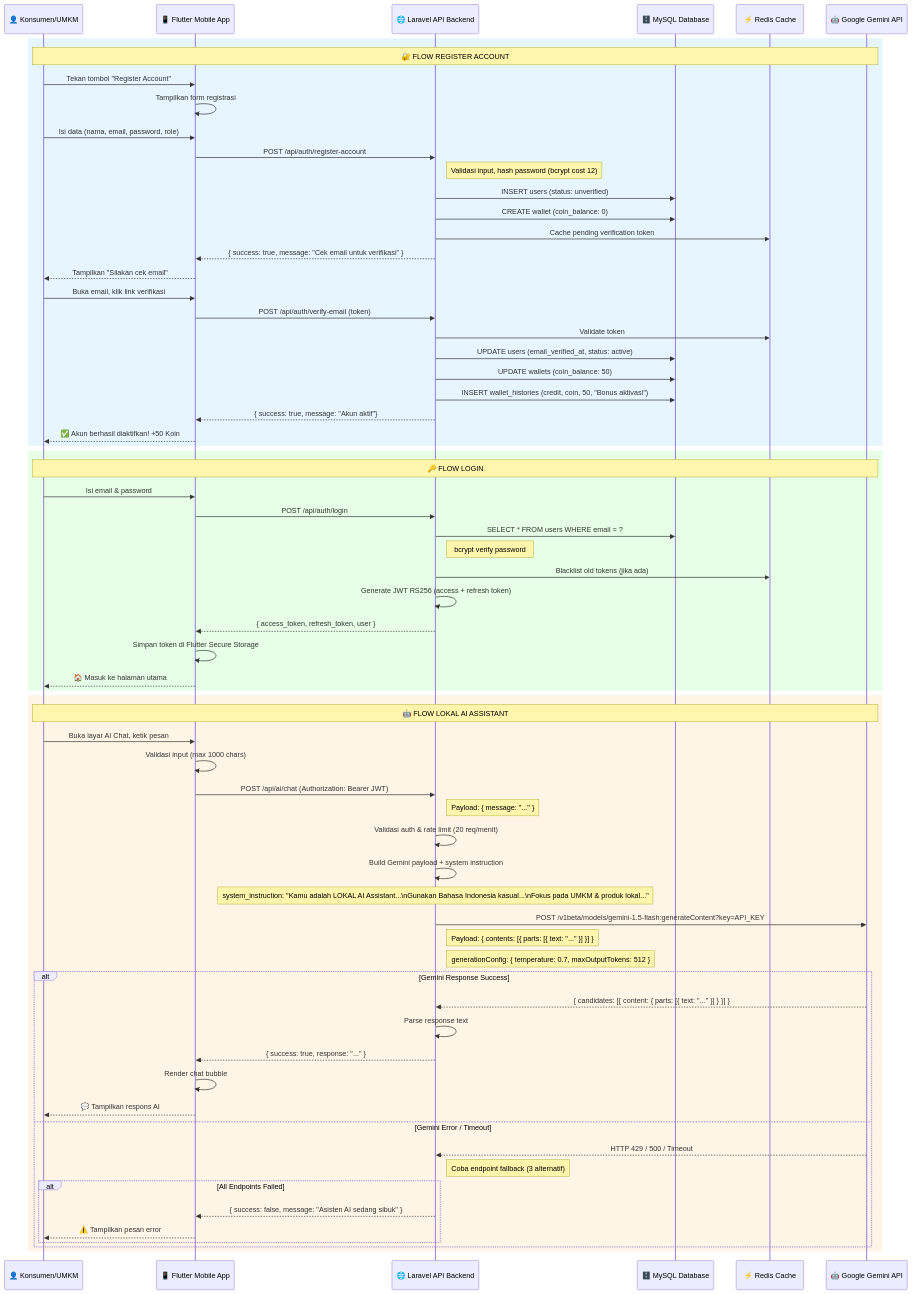
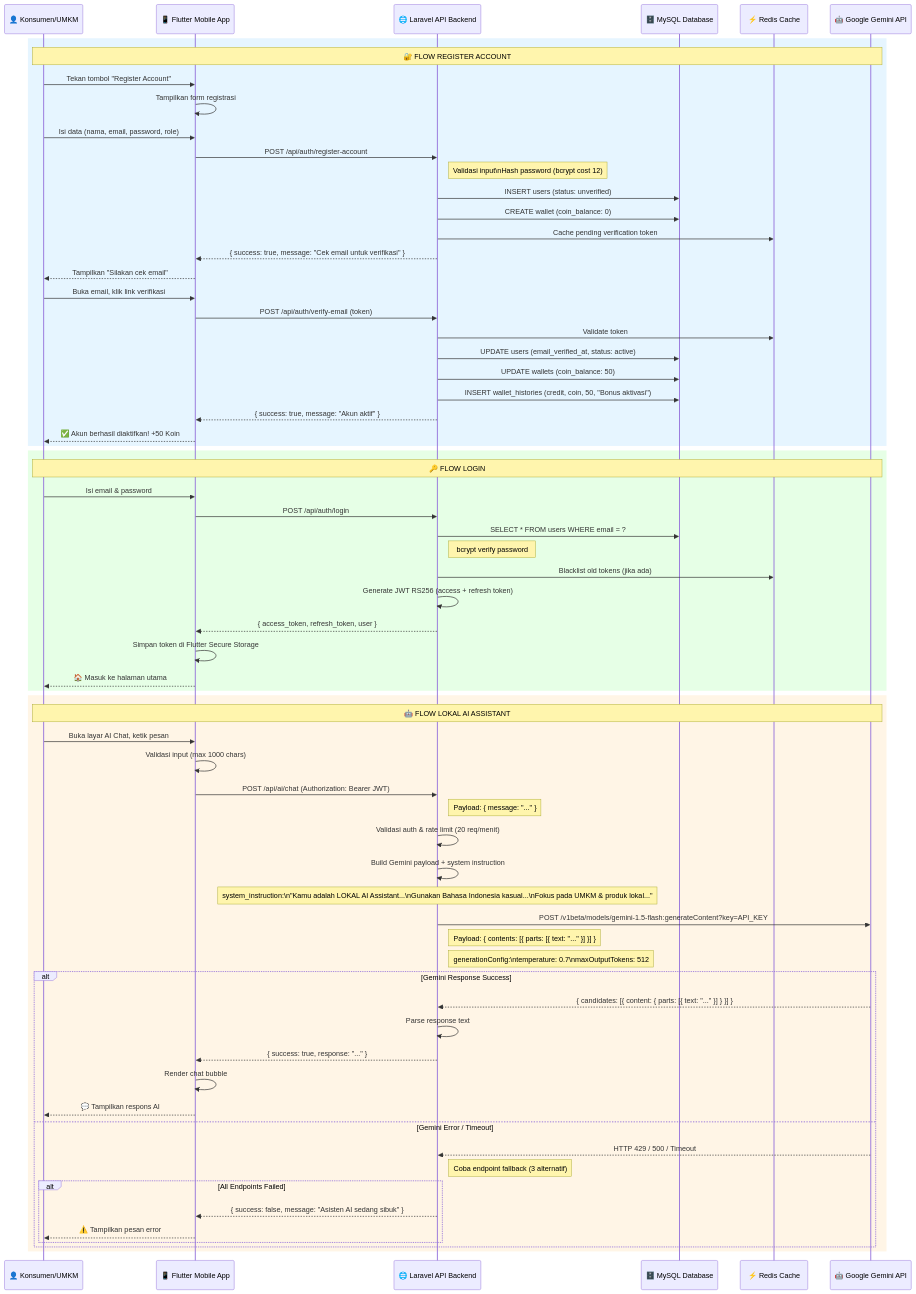
The fourth of 7 diagrams in SRS/TECHNICAL_DIAGRAMS.md (1khsan2610/LOKAL_APP), drawn with Mermaid before and after one commit. The commit also changed other lines of this file and 1 other file, not shown here.

Commit message:
perbaikan README.md dan diagram

````diff
--- a/SRS/TECHNICAL_DIAGRAMS.md
+++ b/SRS/TECHNICAL_DIAGRAMS.md
@@ -635,79 +635,74 @@
 ```mermaid
 sequenceDiagram
     participant User as 👤 Konsumen/UMKM
     participant Flutter as 📱 Flutter Mobile App
     participant Laravel as 🌐 Laravel API Backend
     participant DB as 🗄️ MySQL Database
     participant Redis as ⚡ Redis Cache
     participant Gemini as 🤖 Google Gemini API
 
-    %% ── REGISTER FLOW ──
     rect rgb(230, 245, 255)
-        Note over User, Gemini: 🔐 FLOW REGISTER ACCOUNT
+        Note over User,Gemini: 🔐 FLOW REGISTER ACCOUNT
         User->>Flutter: Tekan tombol "Register Account"
         Flutter->>Flutter: Tampilkan form registrasi
         User->>Flutter: Isi data (nama, email, password, role)
         Flutter->>Laravel: POST /api/auth/register-account
-        Note right of Laravel: Validasi input, hash password (bcrypt cost 12)
+        Note right of Laravel: Validasi input\nHash password (bcrypt cost 12)
         Laravel->>DB: INSERT users (status: unverified)
         Laravel->>DB: CREATE wallet (coin_balance: 0)
         Laravel->>Redis: Cache pending verification token
         Laravel-->>Flutter: { success: true, message: "Cek email untuk verifikasi" }
         Flutter-->>User: Tampilkan "Silakan cek email"
-        
+
         User->>Flutter: Buka email, klik link verifikasi
         Flutter->>Laravel: POST /api/auth/verify-email (token)
         Laravel->>Redis: Validate token
         Laravel->>DB: UPDATE users (email_verified_at, status: active)
         Laravel->>DB: UPDATE wallets (coin_balance: 50)
         Laravel->>DB: INSERT wallet_histories (credit, coin, 50, "Bonus aktivasi")
-        Laravel-->>Flutter: { success: true, message: "Akun aktif"}
+        Laravel-->>Flutter: { success: true, message: "Akun aktif" }
         Flutter-->>User: ✅ Akun berhasil diaktifkan! +50 Koin
     end
 
-    %% ── LOGIN FLOW ──
     rect rgb(230, 255, 230)
-        Note over User, Gemini: 🔑 FLOW LOGIN
+        Note over User,Gemini: 🔑 FLOW LOGIN
         User->>Flutter: Isi email & password
         Flutter->>Laravel: POST /api/auth/login
         Laravel->>DB: SELECT * FROM users WHERE email = ?
         Note right of Laravel: bcrypt verify password
         Laravel->>Redis: Blacklist old tokens (jika ada)
         Laravel->>Laravel: Generate JWT RS256 (access + refresh token)
         Laravel-->>Flutter: { access_token, refresh_token, user }
         Flutter->>Flutter: Simpan token di Flutter Secure Storage
         Flutter-->>User: 🏠 Masuk ke halaman utama
     end
 
-    %% ── AI CHAT FLOW ──
     rect rgb(255, 245, 230)
-        Note over User, Gemini: 🤖 FLOW LOKAL AI ASSISTANT
+        Note over User,Gemini: 🤖 FLOW LOKAL AI ASSISTANT
         User->>Flutter: Buka layar AI Chat, ketik pesan
         Flutter->>Flutter: Validasi input (max 1000 chars)
         Flutter->>Laravel: POST /api/ai/chat (Authorization: Bearer JWT)
         Note right of Laravel: Payload: { message: "..." }
         Laravel->>Laravel: Validasi auth & rate limit (20 req/menit)
         Laravel->>Laravel: Build Gemini payload + system instruction
-        
-        Note over Laravel: system_instruction: "Kamu adalah LOKAL AI Assistant...\nGunakan Bahasa Indonesia kasual...\nFokus pada UMKM & produk lokal..."
-        
+        Note over Laravel: system_instruction:\n"Kamu adalah LOKAL AI Assistant...\nGunakan Bahasa Indonesia kasual...\nFokus pada UMKM & produk lokal..."
         Laravel->>Gemini: POST /v1beta/models/gemini-1.5-flash:generateContent?key=API_KEY
         Note right of Laravel: Payload: { contents: [{ parts: [{ text: "..." }] }] }
-        Note right of Laravel: generationConfig: { temperature: 0.7, maxOutputTokens: 512 }
-        
+        Note right of Laravel: generationConfig:\ntemperature: 0.7\nmaxOutputTokens: 512
+
         alt Gemini Response Success
             Gemini-->>Laravel: { candidates: [{ content: { parts: [{ text: "..." }] } }] }
             Laravel->>Laravel: Parse response text
             Laravel-->>Flutter: { success: true, response: "..." }
             Flutter->>Flutter: Render chat bubble
             Flutter-->>User: 💬 Tampilkan respons AI
         else Gemini Error / Timeout
             Gemini-->>Laravel: HTTP 429 / 500 / Timeout
             Note right of Laravel: Coba endpoint fallback (3 alternatif)
             alt All Endpoints Failed
                 Laravel-->>Flutter: { success: false, message: "Asisten AI sedang sibuk" }
                 Flutter-->>User: ⚠️ Tampilkan pesan error
             end
         end
     end
 ```
````
